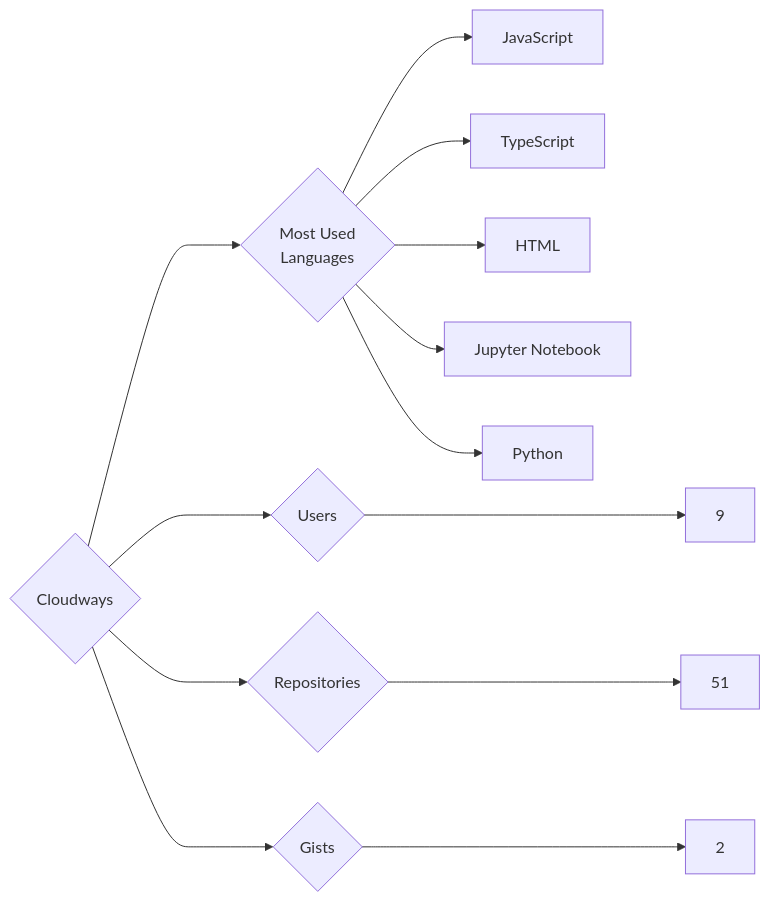
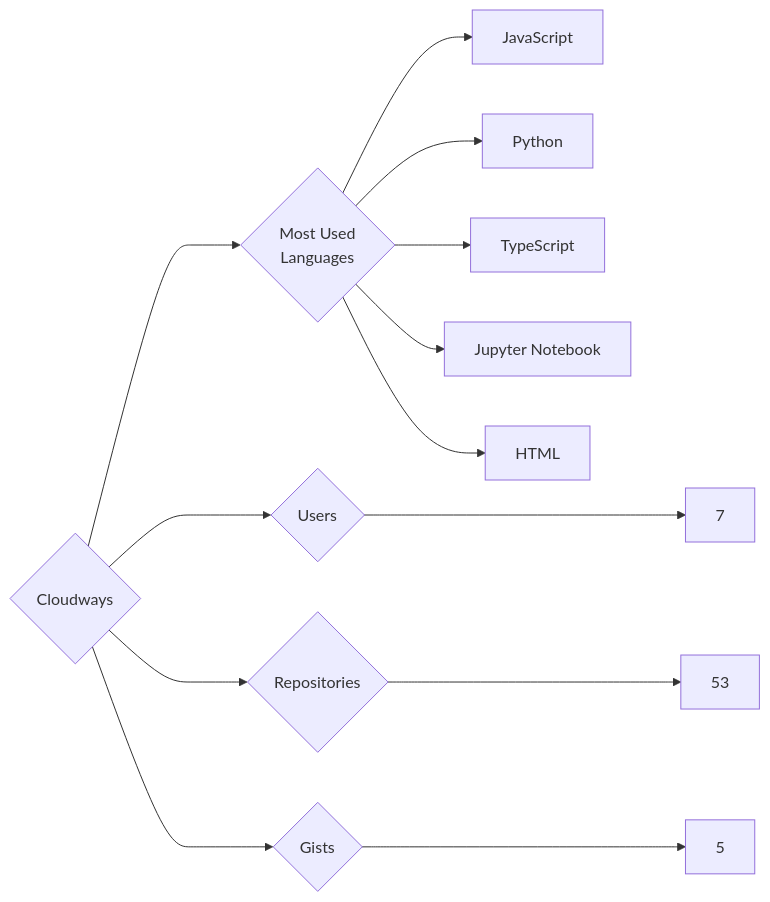
One commit to trickest/insiders changed the diagram in targets/Cloudways/README.md. Above: the diagram before and after it, drawn with Mermaid. The commit also changed 888 other files, not shown here.

````diff
--- a/targets/Cloudways/README.md
+++ b/targets/Cloudways/README.md
@@ -3,13 +3,13 @@
 ```mermaid
 graph LR
 COMPANY_NAME{Cloudways}
-COMPANY_NAME ---> U{Users} ---> UN[9]
-COMPANY_NAME ---> R{Repositories} ---> RN[51]
-COMPANY_NAME ---> G{Gists} ---> GN[2]
+COMPANY_NAME ---> U{Users} ---> UN[7]
+COMPANY_NAME ---> R{Repositories} ---> RN[53]
+COMPANY_NAME ---> G{Gists} ---> GN[5]
 COMPANY_NAME ---> ML{Most Used<br>Languages}
 ML --> JavaScript[JavaScript]
+ML --> Python[Python]
 ML --> TypeScript[TypeScript]
+ML --> Jupyter_Notebook[Jupyter Notebook]
 ML --> HTML[HTML]
-ML --> Jupyter_Notebook[Jupyter Notebook]
-ML --> Python[Python]
 ```
````
